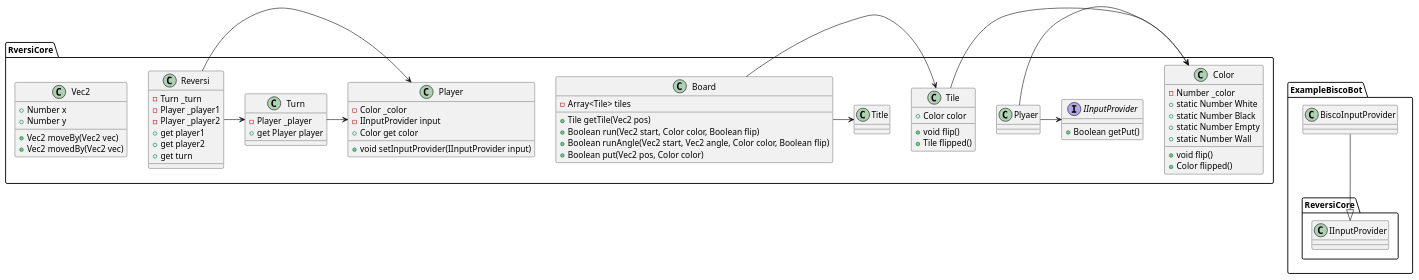
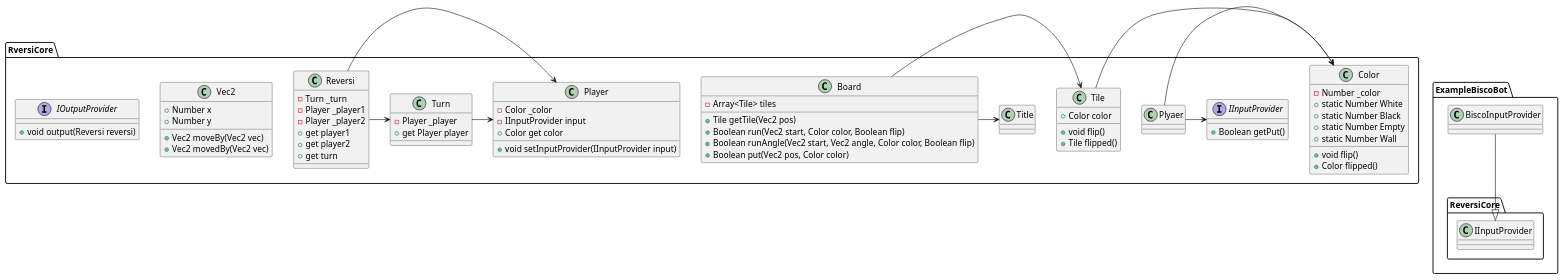
One commit to hota1024/reversi-core changed the diagram in docs/uml.pu. Above: the diagram before and after it, drawn with PlantUML. The commit also changed 26 other files, not shown here.

```diff
--- a/docs/uml.pu
+++ b/docs/uml.pu
@@ -18,72 +18,76 @@
 @startuml
 namespace RversiCore {
   class Color {
     - Number _color
     + void flip()
     + Color flipped()
     + static Number White
     + static Number Black
     + static Number Empty
     + static Number Wall
   }
 
   class Vec2 {
     + Number x
     + Number y
     + Vec2 moveBy(Vec2 vec)
     + Vec2 movedBy(Vec2 vec)
   }
 
   class Tile {
     + Color color
     + void flip()
     + Tile flipped()
   }
   Tile -> RversiCore.Color
 
   interface IInputProvider {
     + Boolean getPut()
   }
 
   class Player {
     - Color _color
     - IInputProvider input
     + Color get color
     + void setInputProvider(IInputProvider input)
   }
   Plyaer -> RversiCore.Color
   Plyaer -> RversiCore.IInputProvider
 
   class Turn {
     - Player _player
     + get Player player
   }
   Turn -> RversiCore.Player
 
   class Board {
     - Array<Tile> tiles
     + Tile getTile(Vec2 pos)
     + Boolean run(Vec2 start, Color color, Boolean flip)
     + Boolean runAngle(Vec2 start, Vec2 angle, Color color, Boolean flip)
     + Boolean put(Vec2 pos, Color color)
   }
   Board -> RversiCore.Title
   Board -> RversiCore.Tile
 
   class Reversi {
     - Turn _turn
     - Player _player1
     - Player _player2
     + get player1
     + get player2
     + get turn
   }
   Reversi -> RversiCore.Turn
   Reversi -> RversiCore.Player
+
+  interface IOutputProvider {
+    + void output(Reversi reversi)
+  }
 }
 
 namespace ExampleBiscoBot {
   class BiscoInputProvider
   BiscoInputProvider --|> ReversiCore.IInputProvider
 }
 @enduml
```
